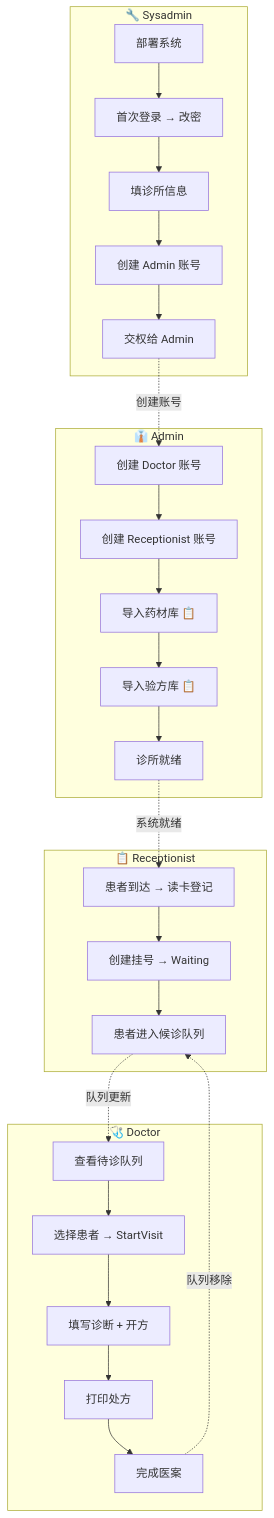
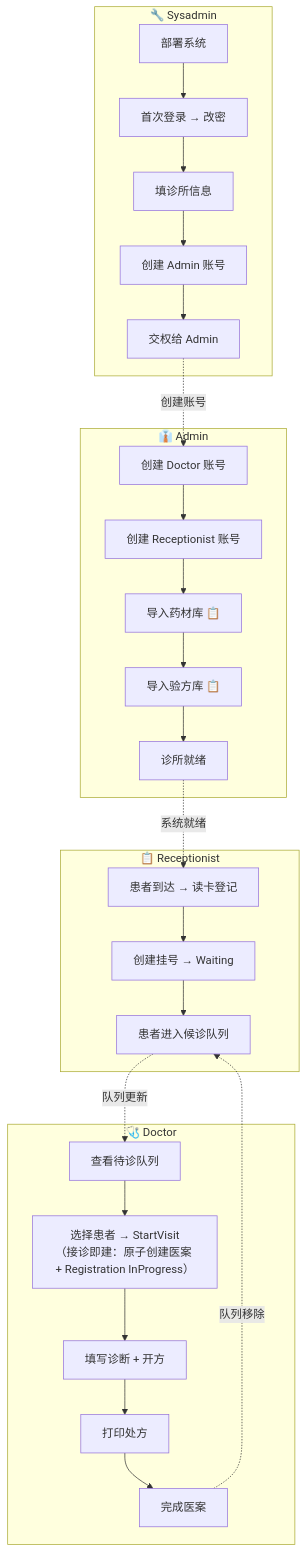
One commit to shouqitao/LYBTZYZS changed the first of 4 diagrams in docs/01-product/05-role-interactions.md. Above: the diagram before and after it, drawn with Mermaid. The commit also changed other lines of this file and 9 other files, not shown here.

First line of the commit message:
docs(registration): 接诊即建决策落地——StartVisit/QuickVisit 原子创建医案

````diff
--- a/docs/01-product/05-role-interactions.md
+++ b/docs/01-product/05-role-interactions.md
@@ -18,33 +18,33 @@
 ```mermaid
 flowchart TD
     subgraph Sysadmin["🔧 Sysadmin"]
         SA1[部署系统] --> SA2[首次登录 → 改密]
         SA2 --> SA3[填诊所信息]
         SA3 --> SA4[创建 Admin 账号]
         SA4 --> SA5[交权给 Admin]
     end
 
     subgraph Admin["👔 Admin"]
         AD1[创建 Doctor 账号] --> AD2[创建 Receptionist 账号]
         AD2 --> AD3[导入药材库 📋]
         AD3 --> AD4[导入验方库 📋]
         AD4 --> AD5[诊所就绪]
     end
 
     subgraph Receptionist["📋 Receptionist"]
         RE1[患者到达 → 读卡登记] --> RE2[创建挂号 → Waiting]
         RE2 --> RE3[患者进入候诊队列]
     end
 
     subgraph Doctor["🩺 Doctor"]
-        DO1[查看待诊队列] --> DO2[选择患者 → StartVisit]
+        DO1[查看待诊队列] --> DO2[选择患者 → StartVisit\n（接诊即建：原子创建医案 + Registration InProgress）]
         DO2 --> DO3[填写诊断 + 开方]
         DO3 --> DO4[打印处方]
         DO4 --> DO5[完成医案]
     end
 
     SA5 -.->|"创建账号"| AD1
     AD5 -.->|"系统就绪"| RE1
     RE3 -.->|"队列更新"| DO1
     DO5 -.->|"队列移除"| RE3
 ```
````
